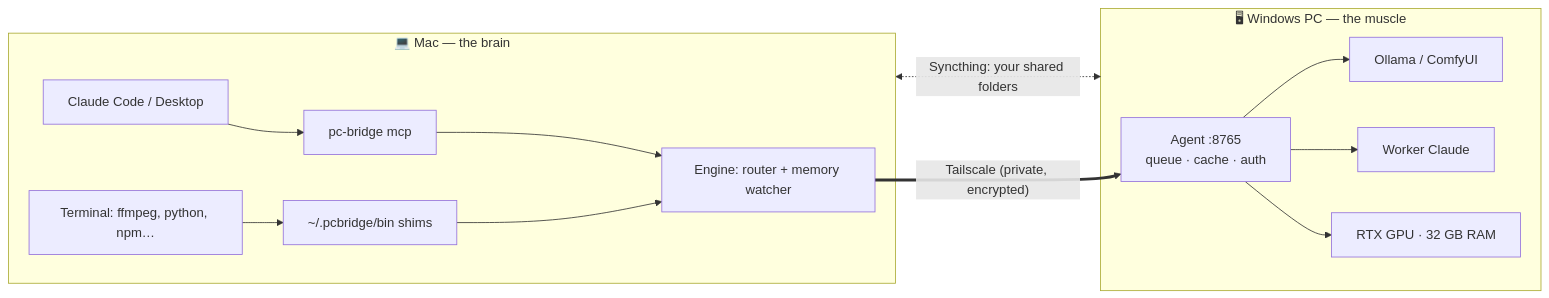
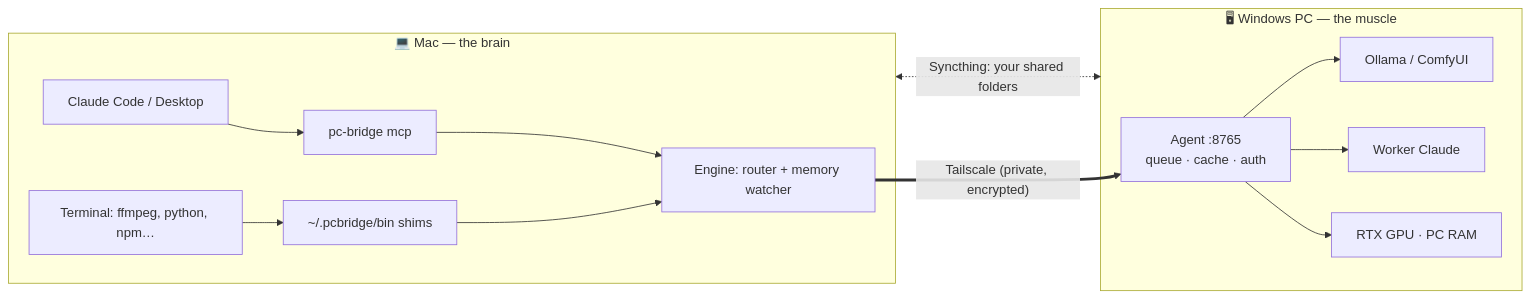
One commit to walidriachy/pc-gpu-bridge changed the first of 2 diagrams in README.md. Above: the diagram before and after it, drawn with Mermaid. The commit also changed other lines of this file and 34 other files, not shown here.

````diff
--- a/README.md
+++ b/README.md
@@ -65,16 +65,16 @@
 ```mermaid
 flowchart LR
   subgraph MAC["💻 Mac — the brain"]
     C["Claude Code / Desktop"] --> M["pc-bridge mcp"]
     T["Terminal: ffmpeg, python, npm…"] --> S["~/.pcbridge/bin shims"]
     M --> E["Engine: router + memory watcher"]
     S --> E
   end
   subgraph PC["🖥 Windows PC — the muscle"]
-    A["Agent :8765<br/>queue · cache · auth"] --> G["RTX GPU · 32 GB RAM"]
+    A["Agent :8765<br/>queue · cache · auth"] --> G["RTX GPU · PC RAM"]
     A --> W["Worker Claude"]
     A --> O["Ollama / ComfyUI"]
   end
   E == "Tailscale (private, encrypted)" ==> A
   MAC <-. "Syncthing: your shared folders" .-> PC
 ```
````
